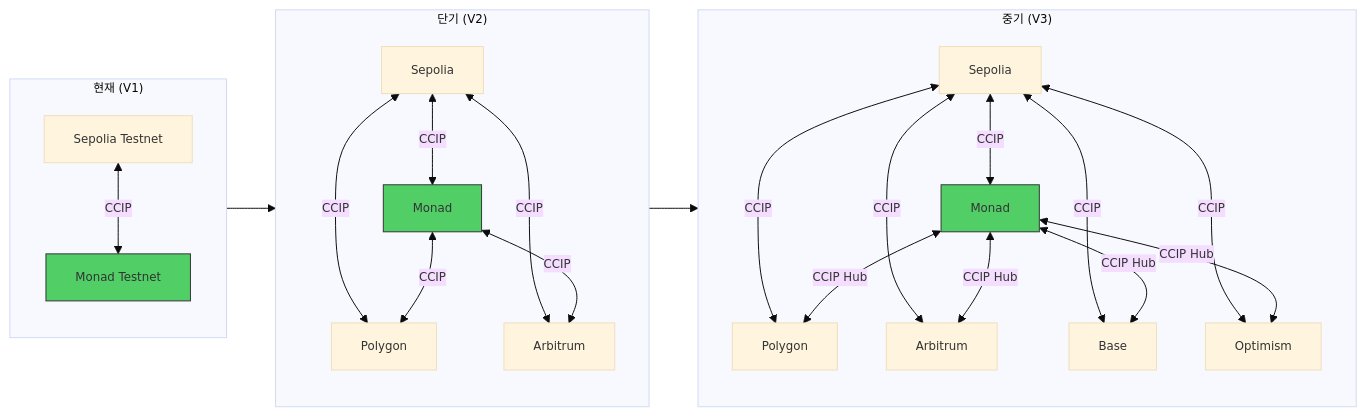
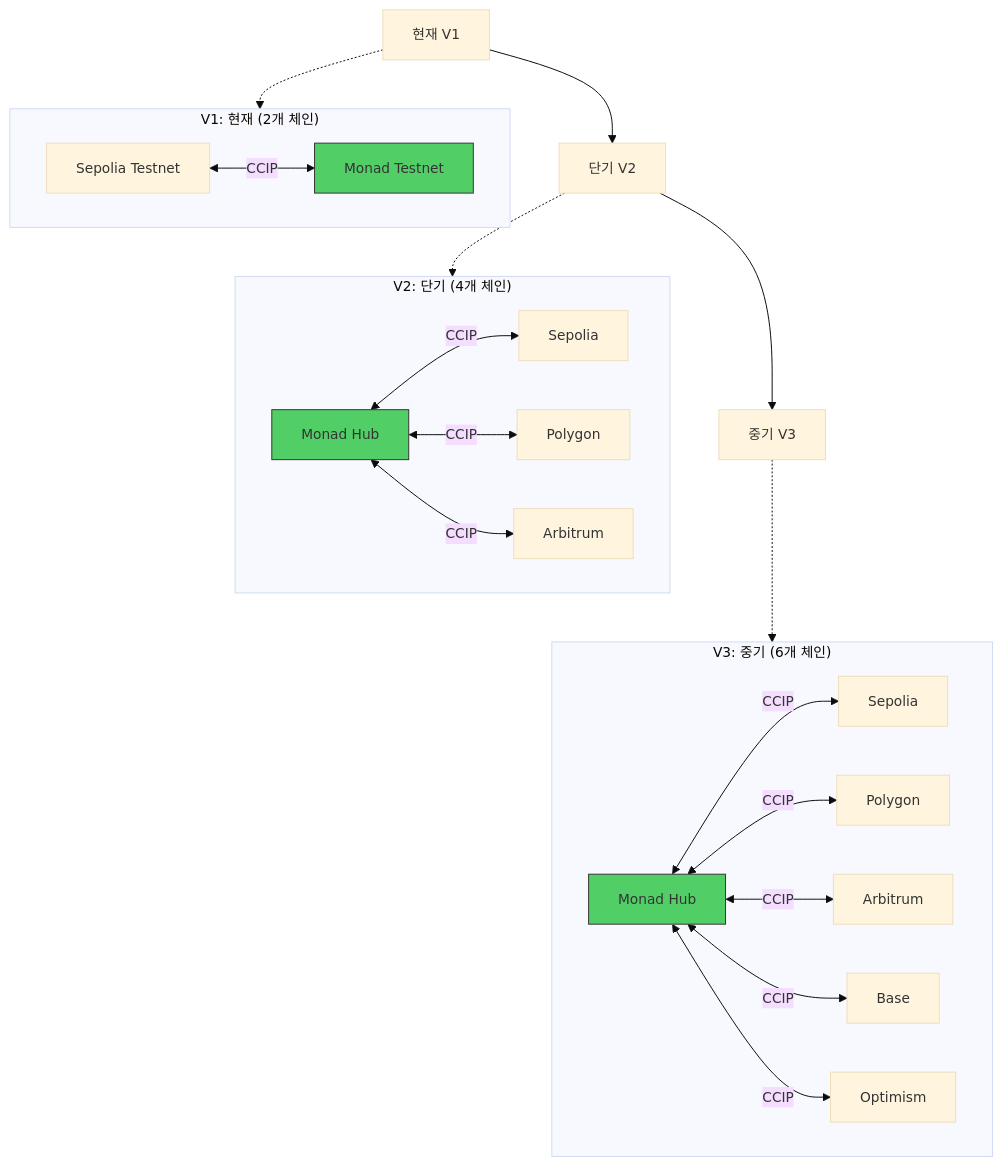
One commit to monad-developers/monad-blitz-seoul changed the eighth of 8 diagrams in PRESENTATION.md. Above: the diagram before and after it, drawn with Mermaid. The commit also changed other lines of this file and 2 other files, not shown here.

````diff
--- a/PRESENTATION.md
+++ b/PRESENTATION.md
@@ -551,48 +539,50 @@
 ```mermaid
-%%{init: {'theme':'base', 'themeVariables': { 'fontSize':'12px'}}}%%
-graph LR
-    subgraph V1["현재 (V1)"]
+%%{init: {'theme':'base', 'themeVariables': { 'fontSize':'14px'}}}%%
+graph TB
+    V1[현재 V1]
+    V2[단기 V2]
+    V3[중기 V3]
+
+    V1 --> V2
+    V2 --> V3
+
+    subgraph V1_Chains["V1: 현재 (2개 체인)"]
         S1[Sepolia Testnet]
         M1[Monad Testnet]
         S1 <-->|CCIP| M1
     end
 
-    subgraph V2["단기 (V2)"]
+    subgraph V2_Chains["V2: 단기 (4개 체인)"]
+        M2[Monad Hub]
         S2[Sepolia]
-        M2[Monad]
         P2[Polygon]
         A2[Arbitrum]
 
-        S2 <-->|CCIP| M2
-        S2 <-->|CCIP| P2
-        S2 <-->|CCIP| A2
+        M2 <-->|CCIP| S2
         M2 <-->|CCIP| P2
         M2 <-->|CCIP| A2
     end
 
-    subgraph V3["중기 (V3)"]
+    subgraph V3_Chains["V3: 중기 (6개 체인)"]
+        M3[Monad Hub]
         S3[Sepolia]
-        M3[Monad]
         P3[Polygon]
         A3[Arbitrum]
         B3[Base]
         O3[Optimism]
 
-        S3 <-->|CCIP| M3
-        S3 <-->|CCIP| P3
-        S3 <-->|CCIP| A3
-        S3 <-->|CCIP| B3
-        S3 <-->|CCIP| O3
-        M3 <-->|CCIP Hub| P3
-        M3 <-->|CCIP Hub| A3
-        M3 <-->|CCIP Hub| B3
-        M3 <-->|CCIP Hub| O3
+        M3 <-->|CCIP| S3
+        M3 <-->|CCIP| P3
+        M3 <-->|CCIP| A3
+        M3 <-->|CCIP| B3
+        M3 <-->|CCIP| O3
     end
 
-    V1 --> V2
-    V2 --> V3
+    V1 -.-> V1_Chains
+    V2 -.-> V2_Chains
+    V3 -.-> V3_Chains
 
     style M1 fill:#51cf66,stroke:#333
     style M2 fill:#51cf66,stroke:#333
     style M3 fill:#51cf66,stroke:#333
 ```
````
